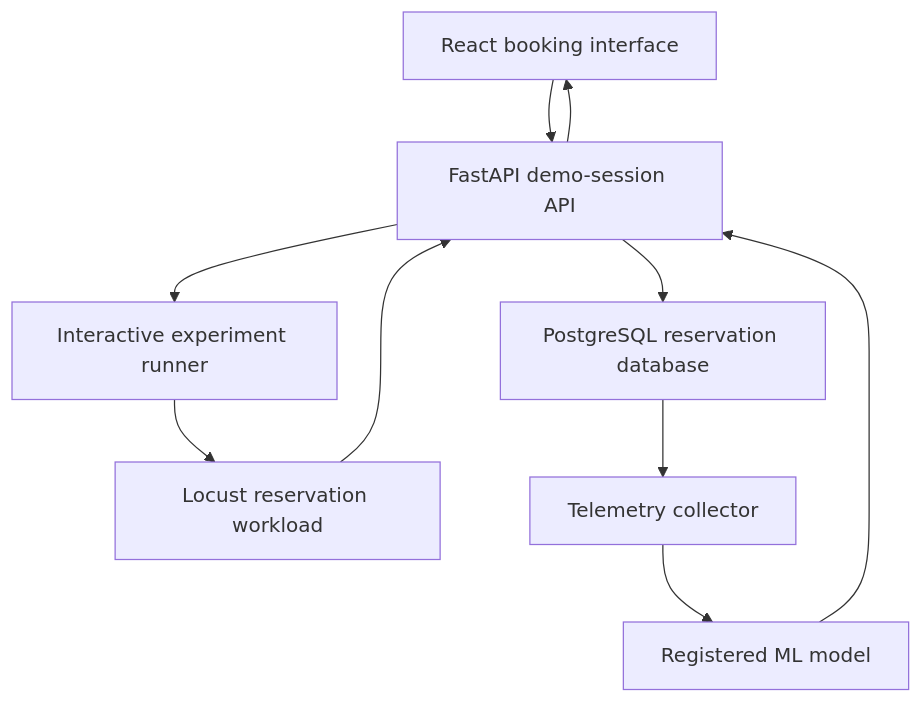
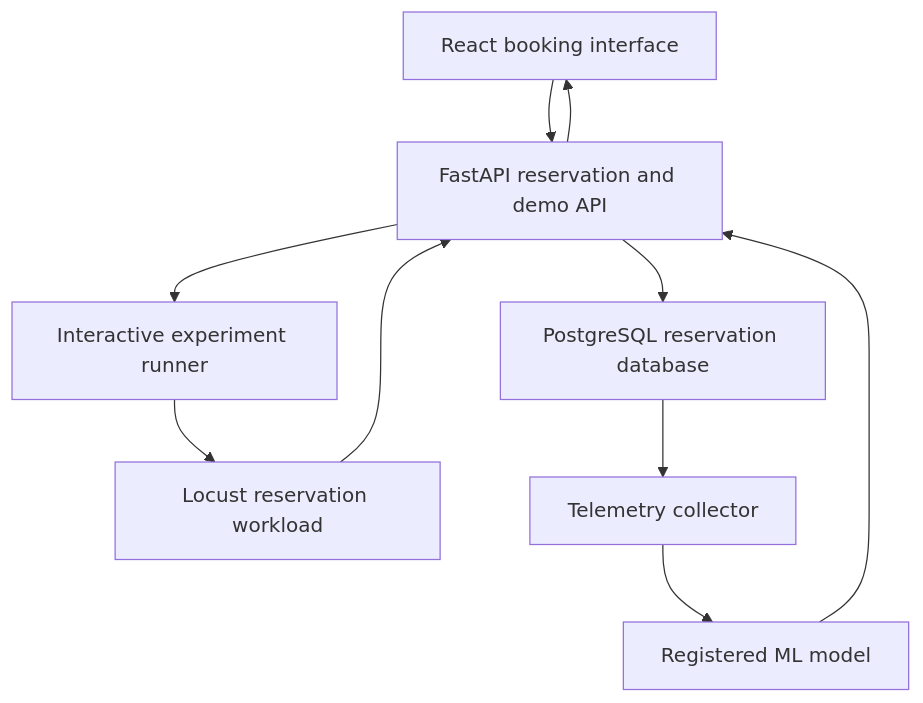
Before and after one commit to miyabrijesh/lock-contention-prediction: the diagram in README.md, drawn with Mermaid. The commit also changed other lines of this file, not shown here.

````diff
--- a/README.md
+++ b/README.md
@@ -97,20 +289,20 @@
 ```mermaid
 flowchart TD
     Browser["React booking interface"]
-    DemoAPI["FastAPI demo-session API"]
+    API["FastAPI reservation and demo API"]
     Runner["Interactive experiment runner"]
     Workload["Locust reservation workload"]
     Database["PostgreSQL reservation database"]
     Collector["Telemetry collector"]
     Model["Registered ML model"]
 
-    Browser --> DemoAPI
-    DemoAPI --> Runner
+    Browser --> API
+    API --> Runner
     Runner --> Workload
-    Workload --> DemoAPI
-    DemoAPI --> Database
+    Workload --> API
+    API --> Database
     Database --> Collector
     Collector --> Model
-    Model --> DemoAPI
-    DemoAPI --> Browser
+    Model --> API
+    API --> Browser
 ```
````
